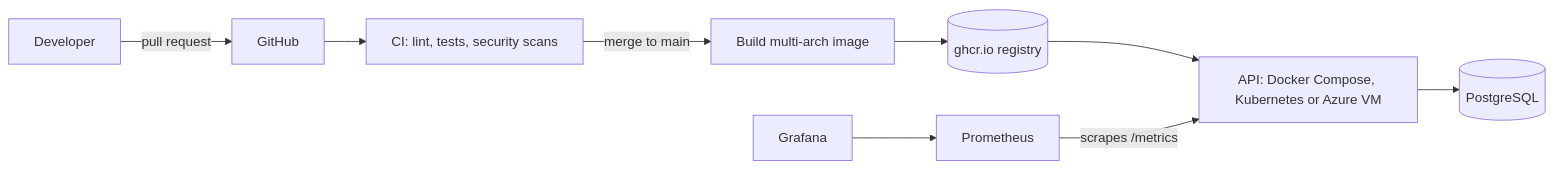
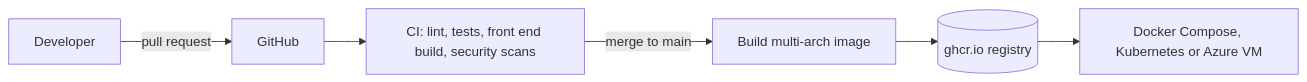
The second of 2 diagrams in README.md (tamezza/TaskBoard), drawn with Mermaid before and after one commit. The commit also changed other lines of this file and 1 other file, not shown here.

Commit message:
Update README for version 2 and extend Dependabot to the front end (#27)

````diff
--- a/README.md
+++ b/README.md
@@ -20,11 +31,8 @@
 ```mermaid
 flowchart LR
     dev[Developer] -->|pull request| gh[GitHub]
-    gh --> ci[CI: lint, tests, security scans]
+    gh --> ci[CI: lint, tests, front end build, security scans]
     ci -->|merge to main| build[Build multi-arch image]
     build --> reg[(ghcr.io registry)]
-    reg --> run[API: Docker Compose, Kubernetes or Azure VM]
-    run --> db[(PostgreSQL)]
-    prom[Prometheus] -->|scrapes /metrics| run
-    graf[Grafana] --> prom
+    reg --> run[Docker Compose, Kubernetes or Azure VM]
 ```
````
